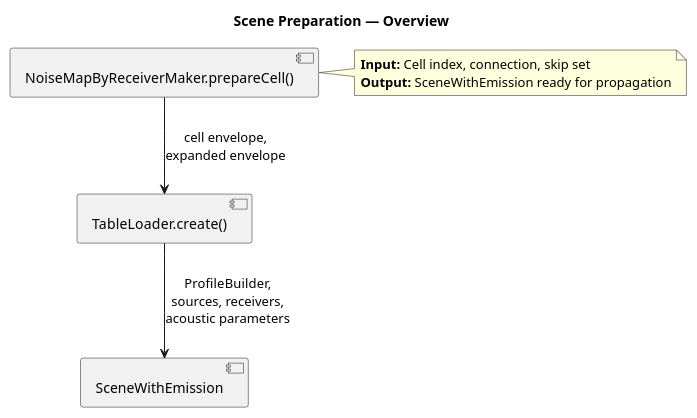
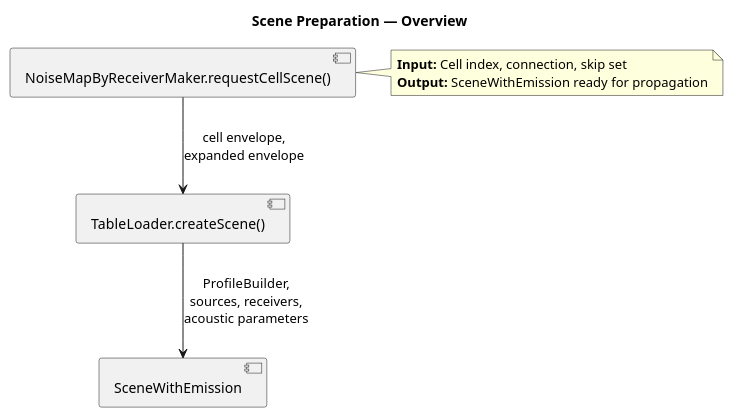
Before and after one commit to jtagusari/NoiseModelling: the third of 6 diagrams in Docs-dev/noisemapbyreceivermaker_algorithms.md, drawn with PlantUML. The commit also changed other lines of this file and 12 other files, not shown here.

````diff
--- a/Docs-dev/noisemapbyreceivermaker_algorithms.md
+++ b/Docs-dev/noisemapbyreceivermaker_algorithms.md
@@ -190,20 +190,20 @@
 ```plantuml
 @startuml
 title Scene Preparation — Overview
 
-[NoiseMapByReceiverMaker.prepareCell()] as prepareCell
+[NoiseMapByReceiverMaker.requestCellScene()] as requestCellScene
 
-[TableLoader.create()] as create
+[TableLoader.createScene()] as createScene
 
 [SceneWithEmission] as scene
 
-prepareCell --> create : cell envelope,\nexpanded envelope
-create --> scene : ProfileBuilder,\nsources, receivers,\nacoustic parameters
+requestCellScene --> createScene : cell envelope,\nexpanded envelope
+createScene --> scene : ProfileBuilder,\nsources, receivers,\nacoustic parameters
 
-note right of prepareCell
+note right of requestCellScene
   **Input:** Cell index, connection, skip set
   **Output:** SceneWithEmission ready for propagation
 end note
 
 @enduml
 ```
````
